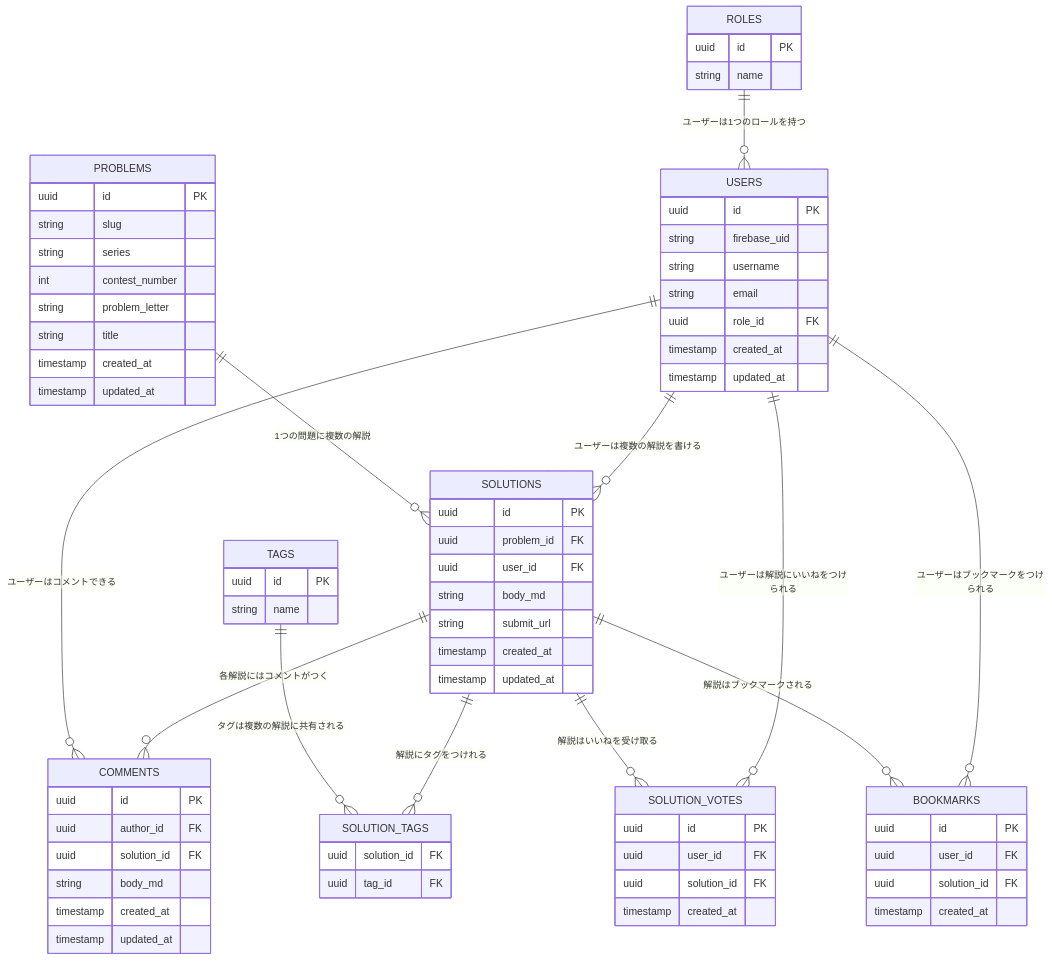
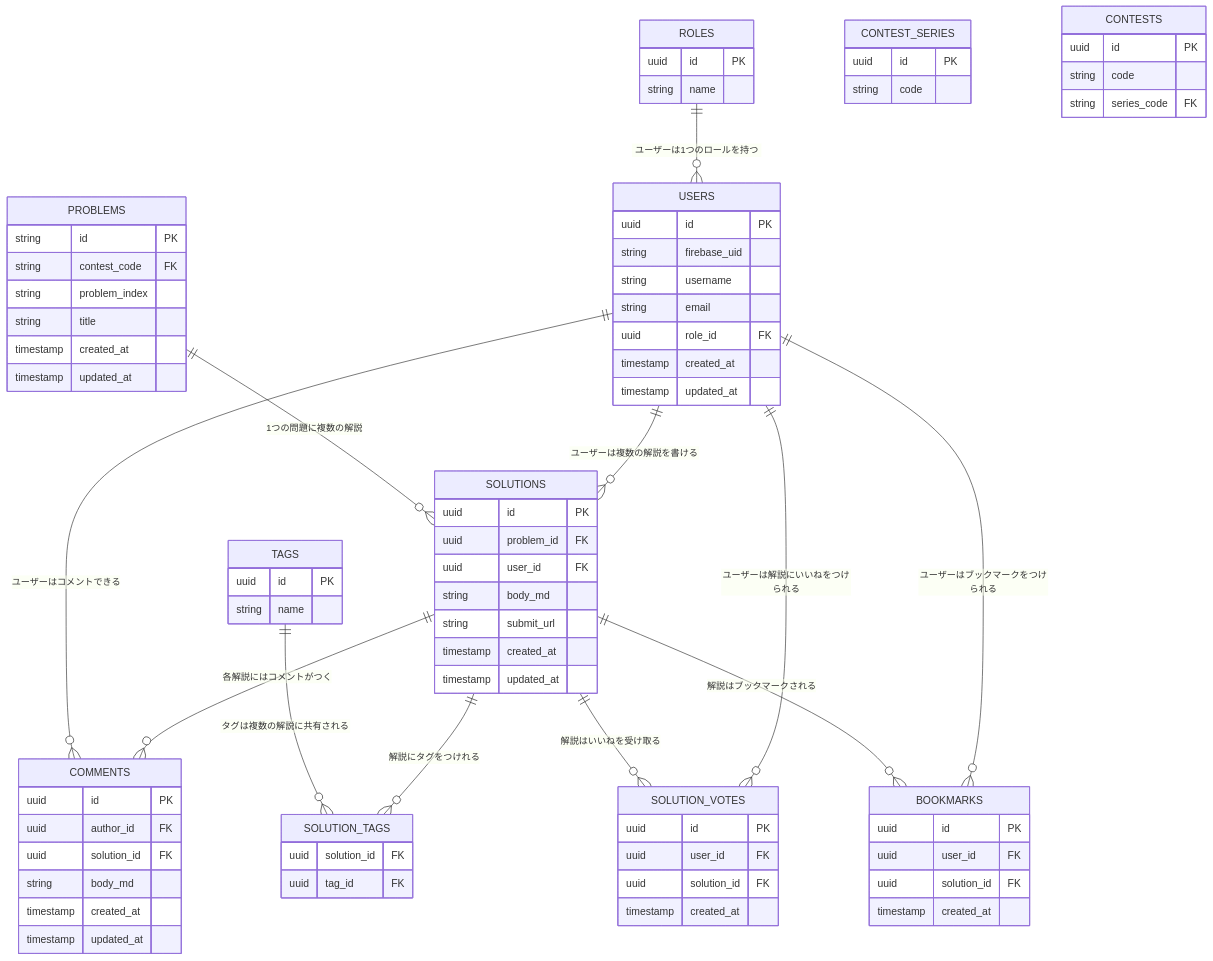
One commit to k-ohnuma/atcoder-solutions changed the diagram in docs/er.md. Above: the diagram before and after it, drawn with Mermaid. The commit also changed 3 other files, not shown here.

```diff
--- a/docs/er.md
+++ b/docs/er.md
@@ -32,12 +32,21 @@
     string name
   }
 
+  CONTEST_SERIES {
+    uuid id PK
+    string code
+  }
+
+  CONTESTS {
+    uuid id PK
+    string code
+    string series_code FK
+  }
+
   PROBLEMS {
-    uuid id PK
-    string slug
-    string series
-    int  contest_number
-    string problem_letter
+    string id PK
+    string contest_code FK
+    string problem_index
     string title
     timestamp created_at
     timestamp updated_at
```
